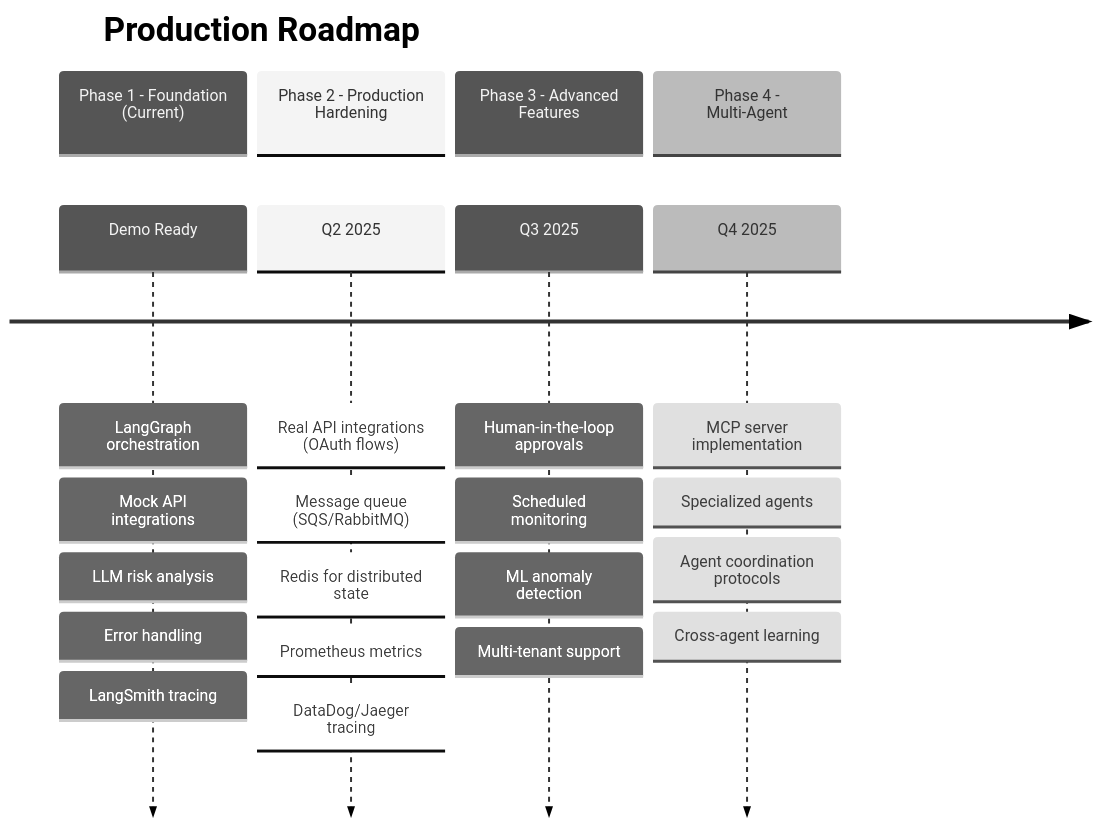
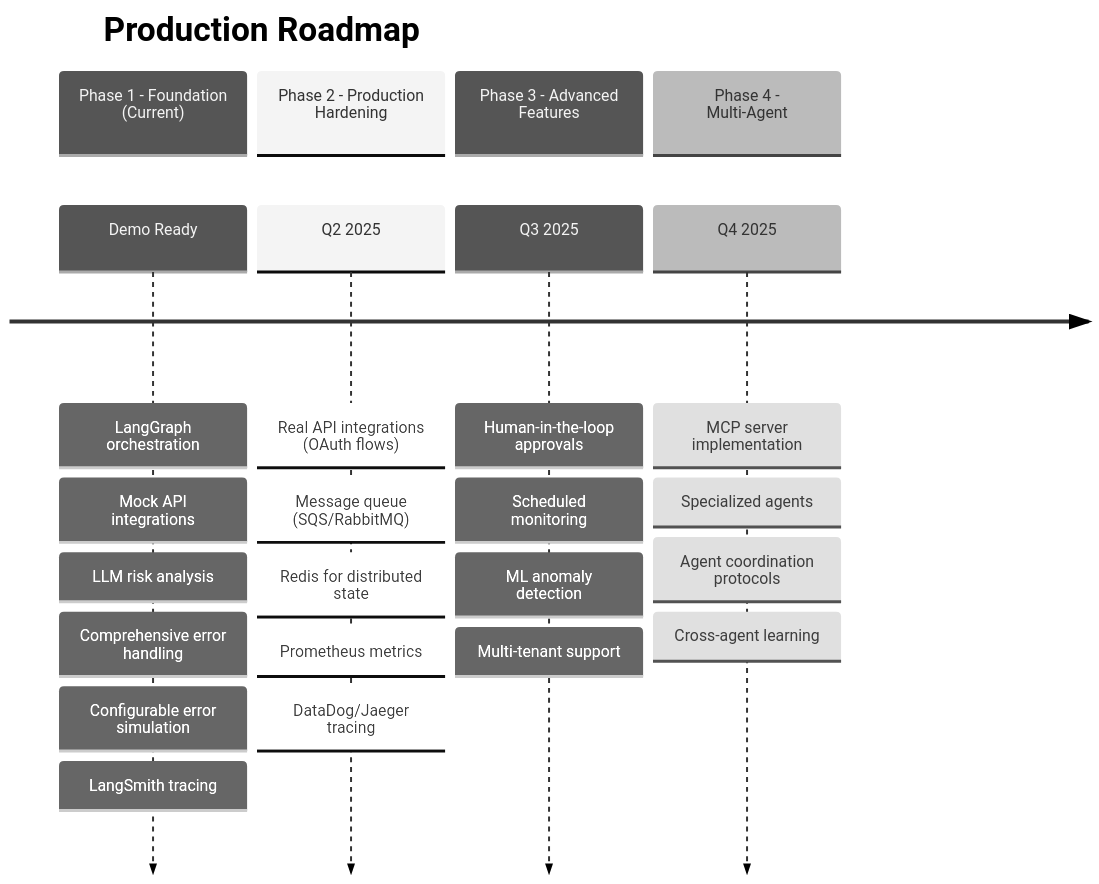
Before and after one commit to alyab16/Enterprise-Agents-Solutions-Case-Study: diagram 11 of 11 in SOLUTION_DESIGN.md, drawn with Mermaid (neutral theme). The commit also changed other lines of this file and 5 other files, not shown here.

````diff
--- a/SOLUTION_DESIGN.md
+++ b/SOLUTION_DESIGN.md
@@ -623,30 +569,31 @@
 ```mermaid
 timeline
     title Production Roadmap
     
     section Phase 1 - Foundation (Current)
         Demo Ready : LangGraph orchestration
                    : Mock API integrations
                    : LLM risk analysis
-                   : Error handling
+                   : Comprehensive error handling
+                   : Configurable error simulation
                    : LangSmith tracing
     
     section Phase 2 - Production Hardening
         Q2 2025 : Real API integrations (OAuth flows)
                 : Message queue (SQS/RabbitMQ)
                 : Redis for distributed state
                 : Prometheus metrics
                 : DataDog/Jaeger tracing
     
     section Phase 3 - Advanced Features
         Q3 2025 : Human-in-the-loop approvals
                 : Scheduled monitoring
                 : ML anomaly detection
                 : Multi-tenant support
     
     section Phase 4 - Multi-Agent
         Q4 2025 : MCP server implementation
                 : Specialized agents
                 : Agent coordination protocols
                 : Cross-agent learning
 ```
````
